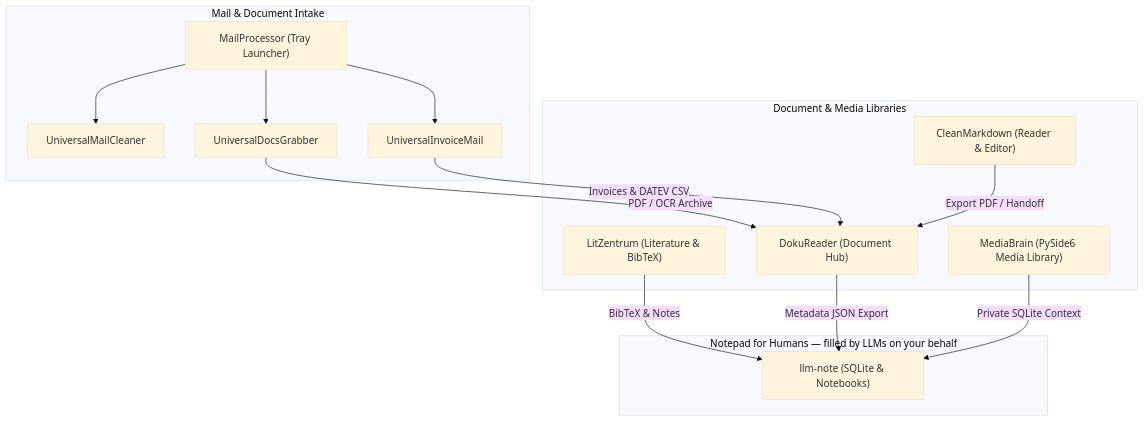
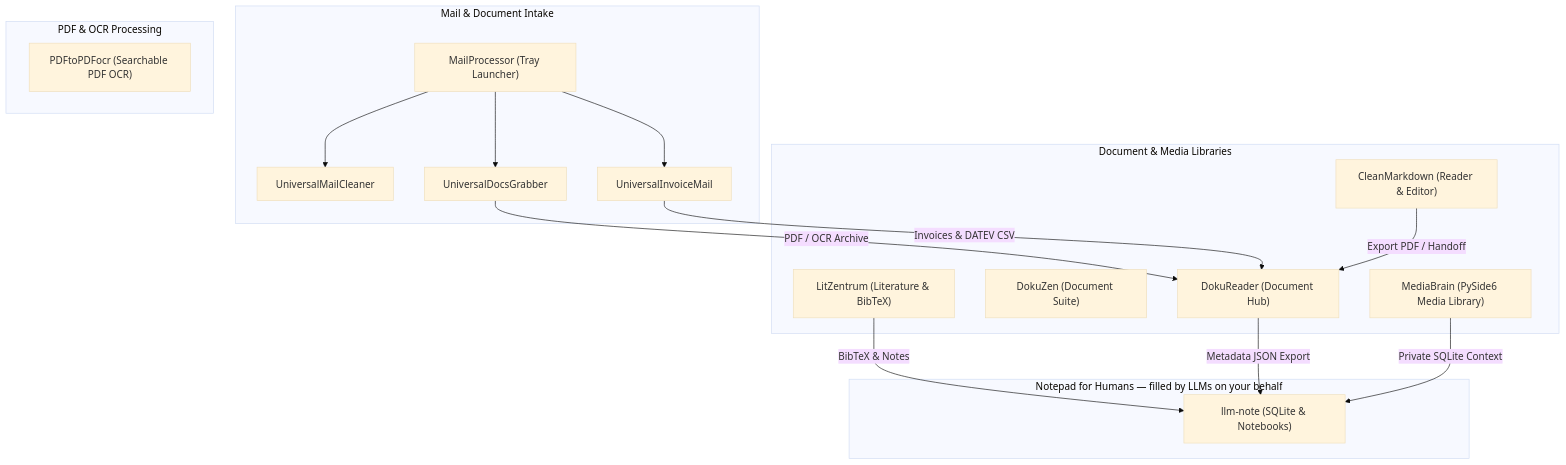
Before and after one commit to doc-bricks/.github: the diagram in profile/README.md, drawn with Mermaid (base theme). The commit also changed other lines of this file and 6 other files, not shown here.

````diff
--- a/profile/README.md
+++ b/profile/README.md
@@ -32,26 +32,31 @@
 ```mermaid
 graph TD
     subgraph Intake ["Mail & Document Intake"]
         MP["MailProcessor (Tray Launcher)"] --> UMC["UniversalMailCleaner"]
         MP --> UDG["UniversalDocsGrabber"]
         MP --> UIM["UniversalInvoiceMail"]
     end
 
     subgraph Library ["Document & Media Libraries"]
         DR["DokuReader (Document Hub)"]
+        DZ["DokuZen (Document Suite)"]
         CM["CleanMarkdown (Reader & Editor)"]
         LZ["LitZentrum (Literature & BibTeX)"]
         MB["MediaBrain (PySide6 Media Library)"]
+    end
+
+    subgraph Processing ["PDF & OCR Processing"]
+        PPO["PDFtoPDFocr (Searchable PDF OCR)"]
     end
 
     subgraph HumanNotes ["Notepad for Humans — filled by LLMs on your behalf"]
         LN["llm-note (SQLite & Notebooks)"]
     end
 
     UDG -->|"PDF / OCR Archive"| DR
     UIM -->|"Invoices & DATEV CSV"| DR
     CM -->|"Export PDF / Handoff"| DR
     LZ -->|"BibTeX & Notes"| LN
     DR -->|"Metadata JSON Export"| LN
     MB -->|"Private SQLite Context"| LN
 ```
````
